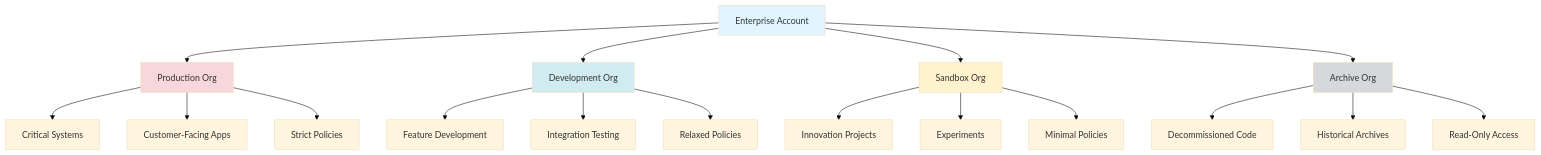
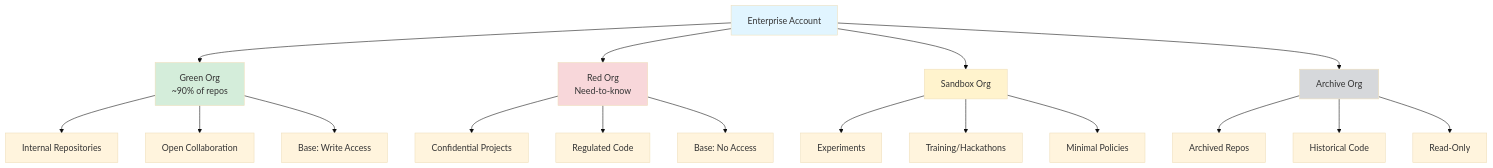
The second of 7 diagrams in docs/02-organization-strategies.md (githubabcs/gh-abcs-admin), drawn with Mermaid (base theme) before and after one commit. The commit also changed other lines of this file and 6 other files, not shown here.

Commit message:
Enhance documentation on enterprise roles, security policies, and IAM limitations; clarify GitHub Actions and Codespaces restrictions for EMU users.

````diff
--- a/docs/02-organization-strategies.md
+++ b/docs/02-organization-strategies.md
@@ -130,29 +130,29 @@
 ```mermaid
 graph TD
-    A[Enterprise Account] --> B[Production Org]
-    A --> C[Development Org]
+    A[Enterprise Account] --> B[Green Org<br/>~90% of repos]
+    A --> C[Red Org<br/>Need-to-know]
     A --> D[Sandbox Org]
     A --> E[Archive Org]
     
-    B --> B1[Critical Systems]
-    B --> B2[Customer-Facing Apps]
-    B --> B3[Strict Policies]
+    B --> B1[Internal Repositories]
+    B --> B2[Open Collaboration]
+    B --> B3[Base: Write Access]
     
-    C --> C1[Feature Development]
-    C --> C2[Integration Testing]
-    C --> C3[Relaxed Policies]
+    C --> C1[Confidential Projects]
+    C --> C2[Regulated Code]
+    C --> C3[Base: No Access]
     
-    D --> D1[Innovation Projects]
-    D --> D2[Experiments]
+    D --> D1[Experiments]
+    D --> D2[Training/Hackathons]
     D --> D3[Minimal Policies]
     
-    E --> E1[Decommissioned Code]
-    E --> E2[Historical Archives]
-    E --> E3[Read-Only Access]
+    E --> E1[Archived Repos]
+    E --> E2[Historical Code]
+    E --> E3[Read-Only]
     
     style A fill:#e1f5ff
-    style B fill:#f8d7da
-    style C fill:#d1ecf1
+    style B fill:#d4edda
+    style C fill:#f8d7da
     style D fill:#fff3cd
     style E fill:#d6d8db
 ```
````
